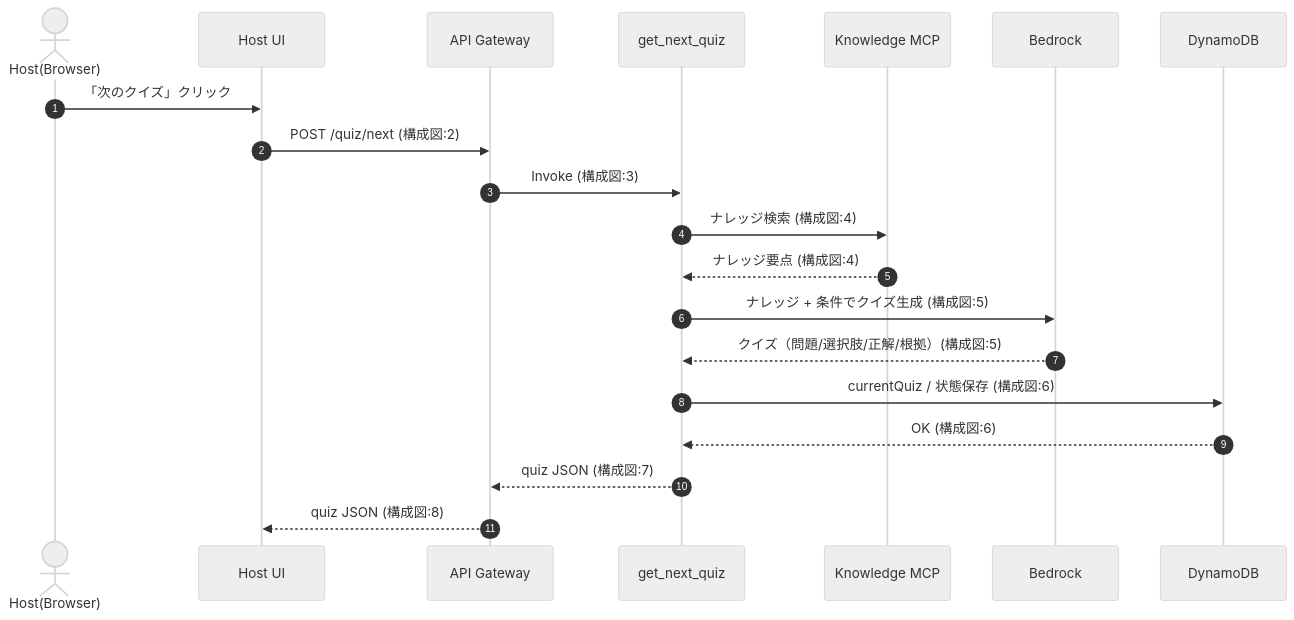
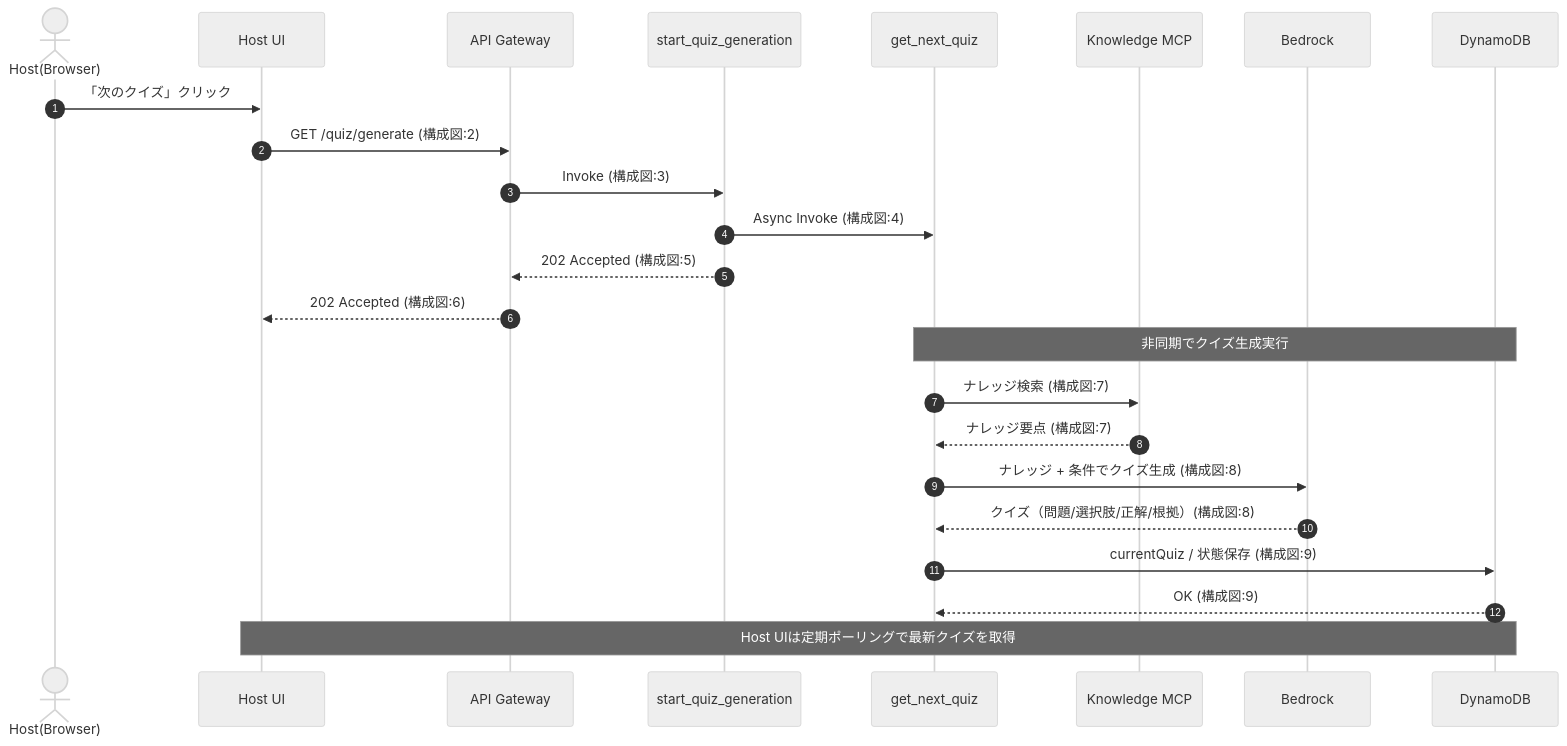
Before and after one commit to hatanoyoshihiko/aws_knowledge_quiz: the fourth of 6 diagrams in README.md, drawn with Mermaid (neutral theme). The commit also changed other lines of this file, not shown here.

Commit message:
start_quiz_generationの追加が反映されていなかったため修正

````diff
--- a/README.md
+++ b/README.md
@@ -373,27 +374,32 @@
 ```mermaid
 sequenceDiagram
   autonumber
   actor Host as Host(Browser)
   participant FEH as Host UI
   participant GW as API Gateway
+  participant SQG as start_quiz_generation
   participant NQ as get_next_quiz
   participant MCP as Knowledge MCP
   participant BR as Bedrock
   participant DB as DynamoDB
 
   Host->>FEH: 「次のクイズ」クリック
-  FEH->>GW: POST /quiz/next (構成図:2)
-  GW->>NQ: Invoke (構成図:3)
+  FEH->>GW: GET /quiz/generate (構成図:2)
+  GW->>SQG: Invoke (構成図:3)
+  SQG->>NQ: Async Invoke (構成図:4)
+  SQG-->>GW: 202 Accepted (構成図:5)
+  GW-->>FEH: 202 Accepted (構成図:6)
 
-  NQ->>MCP: ナレッジ検索 (構成図:4)
-  MCP-->>NQ: ナレッジ要点 (構成図:4)
+  Note over NQ,DB: 非同期でクイズ生成実行
 
-  NQ->>BR: ナレッジ + 条件でクイズ生成 (構成図:5)
-  BR-->>NQ: クイズ（問題/選択肢/正解/根拠）(構成図:5)
+  NQ->>MCP: ナレッジ検索 (構成図:7)
+  MCP-->>NQ: ナレッジ要点 (構成図:7)
 
-  NQ->>DB: currentQuiz / 状態保存 (構成図:6)
-  DB-->>NQ: OK (構成図:6)
+  NQ->>BR: ナレッジ + 条件でクイズ生成 (構成図:8)
+  BR-->>NQ: クイズ（問題/選択肢/正解/根拠）(構成図:8)
 
-  NQ-->>GW: quiz JSON (構成図:7)
-  GW-->>FEH: quiz JSON (構成図:8)
+  NQ->>DB: currentQuiz / 状態保存 (構成図:9)
+  DB-->>NQ: OK (構成図:9)
+
+  Note over FEH,DB: Host UIは定期ポーリングで最新クイズを取得
 ```
````
